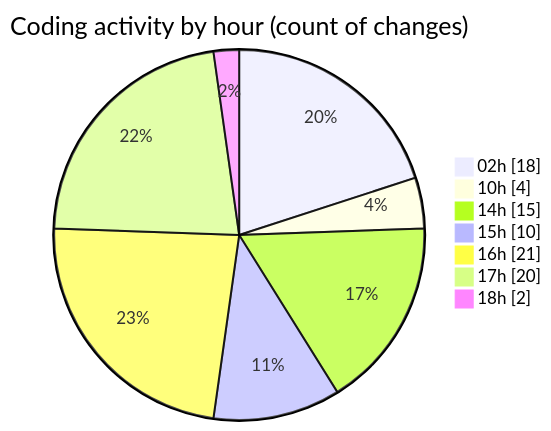
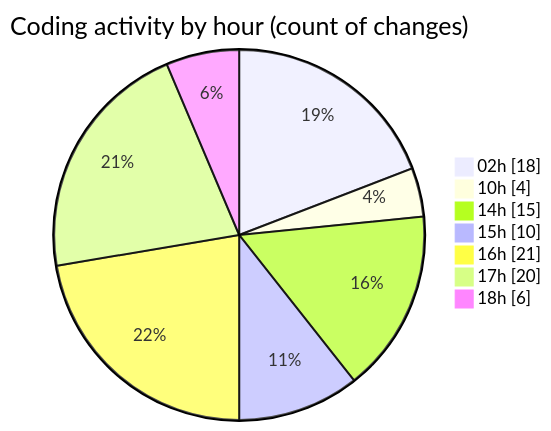
The second of 2 diagrams in 2025-10-15/eventscop-frontend-guide__workspace_/README.md (julien-gomy/code-tracking), drawn with Mermaid before and after one commit. The commit also changed other lines of this file and 1 other file, not shown here.

````diff
--- a/2025-10-15/eventscop-frontend-guide__workspace_/README.md
+++ b/2025-10-15/eventscop-frontend-guide__workspace_/README.md
@@ -56,11 +56,11 @@
 ```mermaid
 pie showData
 title Coding activity by hour (count of changes)
 "02h" : 18
 "10h" : 4
 "14h" : 15
 "15h" : 10
 "16h" : 21
 "17h" : 20
-"18h" : 2
+"18h" : 6
 ```
````
